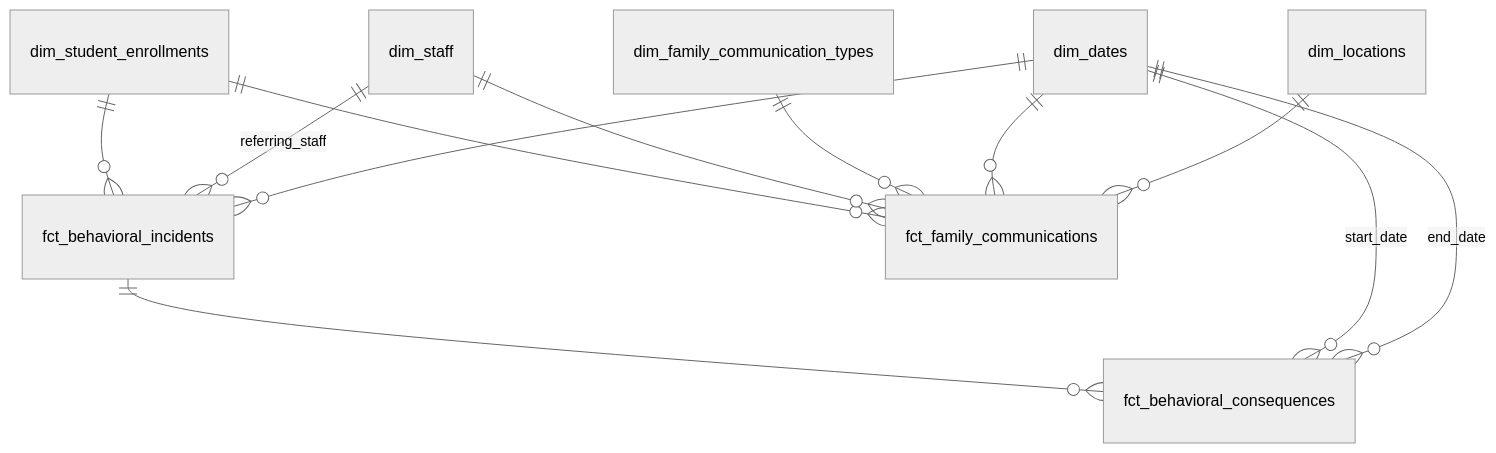
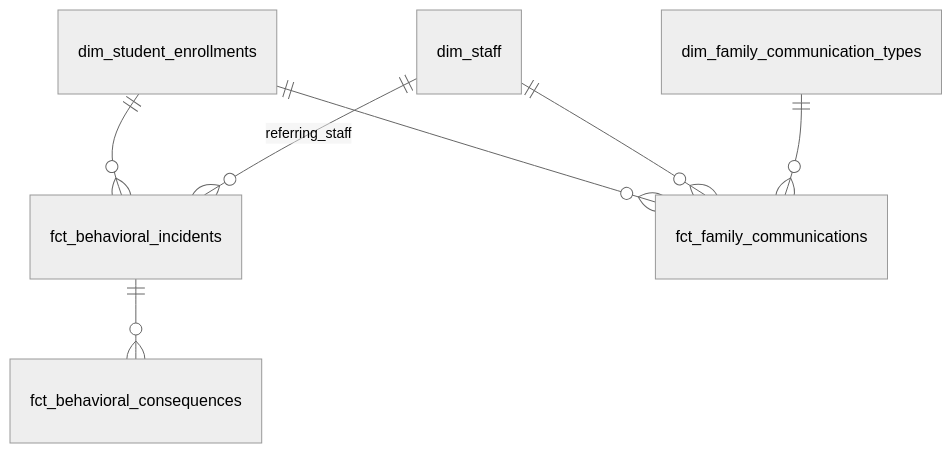
One commit to TEAMSchools/teamster changed the seventh of 10 diagrams in docs/superpowers/specs/2026-03-27-star-schema-data-mart-design.md. Above: the diagram before and after it, drawn with Mermaid (neutral theme). The commit also changed other lines of this file, not shown here.

First line of the commit message:
docs: omit conformed dims from star-schema ERDs

````diff
--- a/docs/superpowers/specs/2026-03-27-star-schema-data-mart-design.md
+++ b/docs/superpowers/specs/2026-03-27-star-schema-data-mart-design.md
@@ -663,14 +640,9 @@
 ```mermaid
 erDiagram
     dim_student_enrollments ||--o{ fct_behavioral_incidents : ""
     dim_staff ||--o{ fct_behavioral_incidents : "referring_staff"
     fct_behavioral_incidents ||--o{ fct_behavioral_consequences : ""
     dim_student_enrollments ||--o{ fct_family_communications : ""
     dim_staff ||--o{ fct_family_communications : ""
     dim_family_communication_types ||--o{ fct_family_communications : ""
-    dim_dates ||--o{ fct_behavioral_incidents : ""
-    dim_dates ||--o{ fct_behavioral_consequences : "start_date"
-    dim_dates ||--o{ fct_behavioral_consequences : "end_date"
-    dim_dates ||--o{ fct_family_communications : ""
-    dim_locations ||--o{ fct_family_communications : ""
 ```
````
